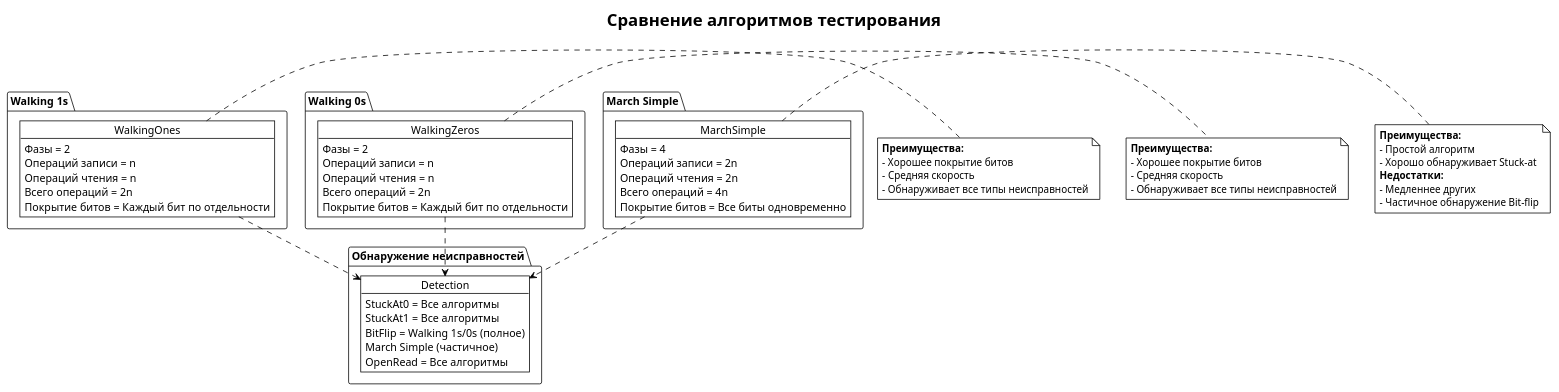
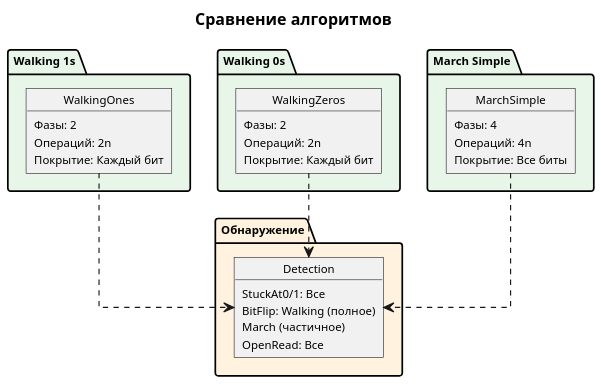
Before and after one commit to Jalet-fry/RAM_clone: the diagram in docs/algorithm_comparison.puml, drawn with PlantUML. The commit also changed other lines of this file and 35 other files, not shown here.

Commit message:
docs and diagrams

```diff
--- a/docs/algorithm_comparison.puml
+++ b/docs/algorithm_comparison.puml
@@ -1,72 +1,48 @@
 @startuml algorithm_comparison
-!theme plain
+scale 1.5
+skinparam {
+    shadowing false
+    linetype ortho
+    defaultFontSize 10
+    padding 1
+}
 
-title Сравнение алгоритмов тестирования
+title Сравнение алгоритмов
 
-package "Walking 1s" {
+package "Walking 1s" #E8F5E9 {
     object WalkingOnes {
-        Фазы = 2
-        Операций записи = n
-        Операций чтения = n
-        Всего операций = 2n
-        Покрытие битов = Каждый бит по отдельности
+        Фазы: 2
+        Операций: 2n
+        Покрытие: Каждый бит
     }
 }
 
-package "Walking 0s" {
+package "Walking 0s" #E8F5E9 {
     object WalkingZeros {
-        Фазы = 2
-        Операций записи = n
-        Операций чтения = n
-        Всего операций = 2n
-        Покрытие битов = Каждый бит по отдельности
+        Фазы: 2
+        Операций: 2n
+        Покрытие: Каждый бит
     }
 }
 
-package "March Simple" {
+package "March Simple" #E8F5E9 {
     object MarchSimple {
-        Фазы = 4
-        Операций записи = 2n
-        Операций чтения = 2n
-        Всего операций = 4n
-        Покрытие битов = Все биты одновременно
+        Фазы: 4
+        Операций: 4n
+        Покрытие: Все биты
     }
 }
 
-package "Обнаружение неисправностей" {
+package "Обнаружение" #FFF3E0 {
     object Detection {
-        StuckAt0 = Все алгоритмы
-        StuckAt1 = Все алгоритмы
-        BitFlip = Walking 1s/0s (полное)\nMarch Simple (частичное)
-        OpenRead = Все алгоритмы
+        StuckAt0/1: Все
+        BitFlip: Walking (полное)\nMarch (частичное)
+        OpenRead: Все
     }
 }
 
 WalkingOnes ..> Detection
 WalkingZeros ..> Detection
 MarchSimple ..> Detection
 
-note right of WalkingOnes
-  **Преимущества:**
-  - Хорошее покрытие битов
-  - Средняя скорость
-  - Обнаруживает все типы неисправностей
-end note
-
-note right of WalkingZeros
-  **Преимущества:**
-  - Хорошее покрытие битов
-  - Средняя скорость
-  - Обнаруживает все типы неисправностей
-end note
-
-note right of MarchSimple
-  **Преимущества:**
-  - Простой алгоритм
-  - Хорошо обнаруживает Stuck-at
-  **Недостатки:**
-  - Медленнее других
-  - Частичное обнаружение Bit-flip
-end note
-
 @enduml
```
